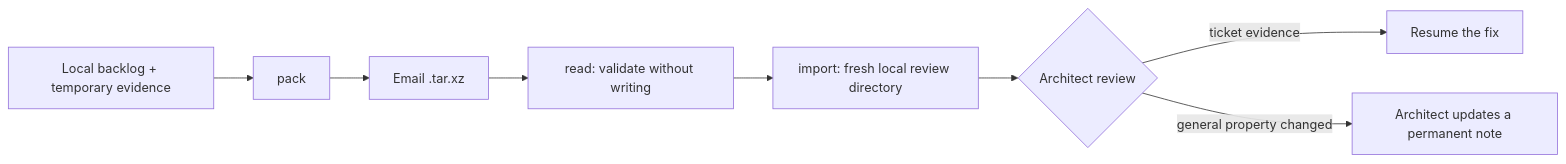
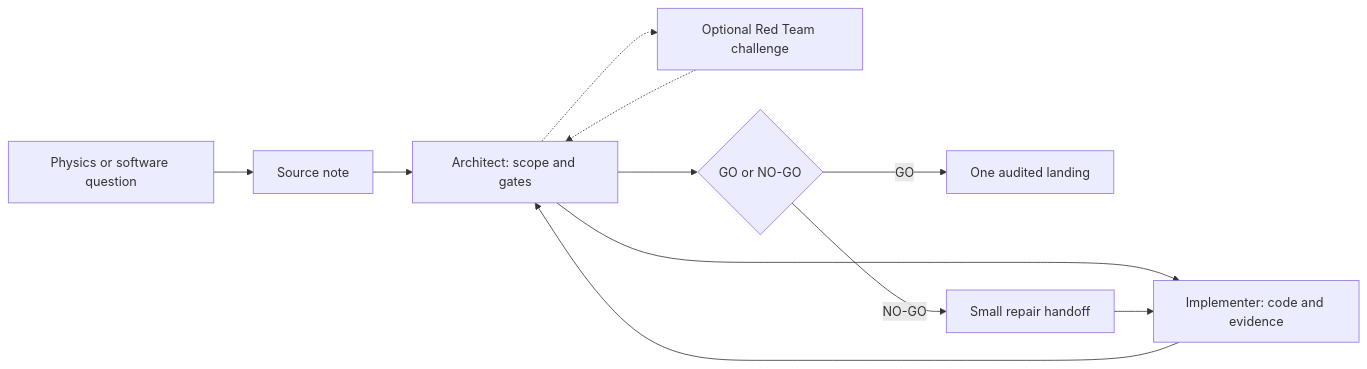
The first of 7 diagrams in ai/README.md (SBU-COSMOLIKE/emulators_code_v2), drawn with Mermaid before and after one commit. The commit also changed other lines of this file and 1 other file, not shown here.

````diff
--- a/ai/README.md
+++ b/ai/README.md
@@ -341,10 +57,13 @@
 ```mermaid
 flowchart LR
-  L["Local backlog + temporary evidence"] --> P["pack"]
-  P --> X["Email .tar.xz"]
-  X --> R["read: validate without writing"]
-  R --> I["import: fresh local review directory"]
-  I --> A{"Architect review"}
-  A -->|ticket evidence| W["Resume the fix"]
-  A -->|general property changed| N["Architect updates a permanent note"]
+  Q["Physics or software question"] --> N["Source note"]
+  N --> A["Architect: scope and gates"]
+  A --> I["Implementer: code and evidence"]
+  I --> A
+  A -.-> R["Optional Red Team challenge"]
+  R -.-> A
+  A --> D{"GO or NO-GO"}
+  D -->|"GO"| L["One audited landing"]
+  D -->|"NO-GO"| F["Small repair handoff"]
+  F --> I
 ```
````
